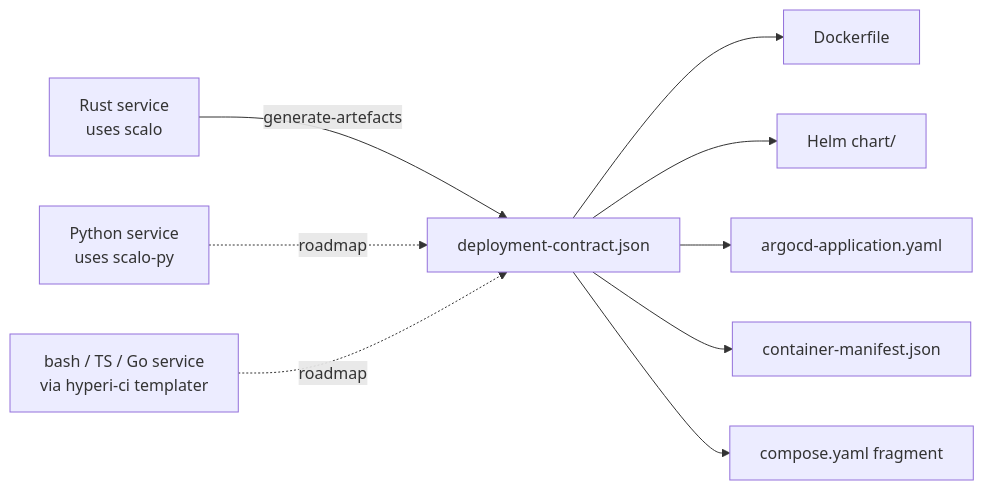
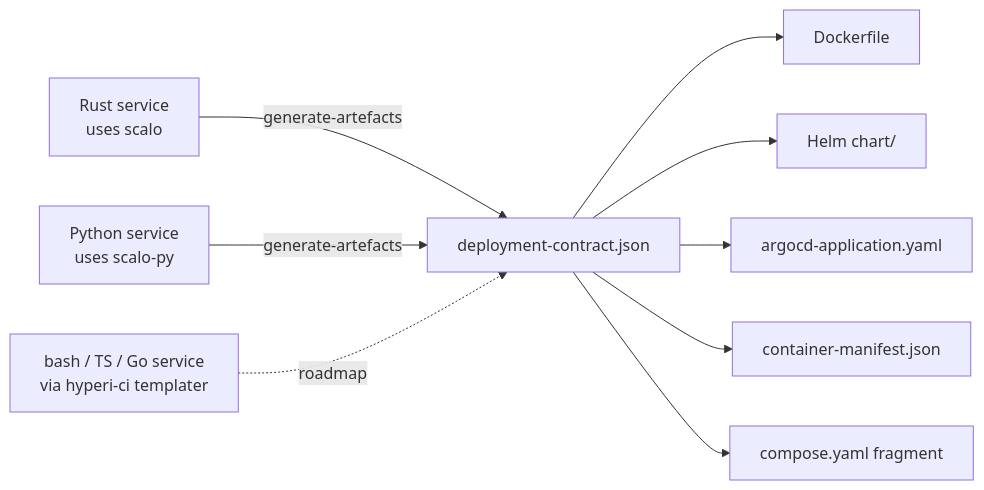
Before and after one commit to hyperi-io/scalo-rs: the diagram in docs/deployment/CONTRACT.md, drawn with Mermaid. The commit also changed other lines of this file, not shown here.

First line of the commit message:
docs: mark scalo-py producer tier as shipped

````diff
--- a/docs/deployment/CONTRACT.md
+++ b/docs/deployment/CONTRACT.md
@@ -40,11 +40,11 @@
 ```mermaid
 flowchart LR
     R[Rust service<br/>uses scalo] -->|generate-artefacts| C[deployment-contract.json]
-    P[Python service<br/>uses scalo-py] -.roadmap.-> C
+    P[Python service<br/>uses scalo-py] -->|generate-artefacts| C
     O[bash / TS / Go service<br/>via hyperi-ci templater] -.roadmap.-> C
     C --> D[Dockerfile]
     C --> H[Helm chart/]
     C --> A[argocd-application.yaml]
     C --> CM[container-manifest.json]
     C --> CS[compose.yaml fragment]
 ```
````
